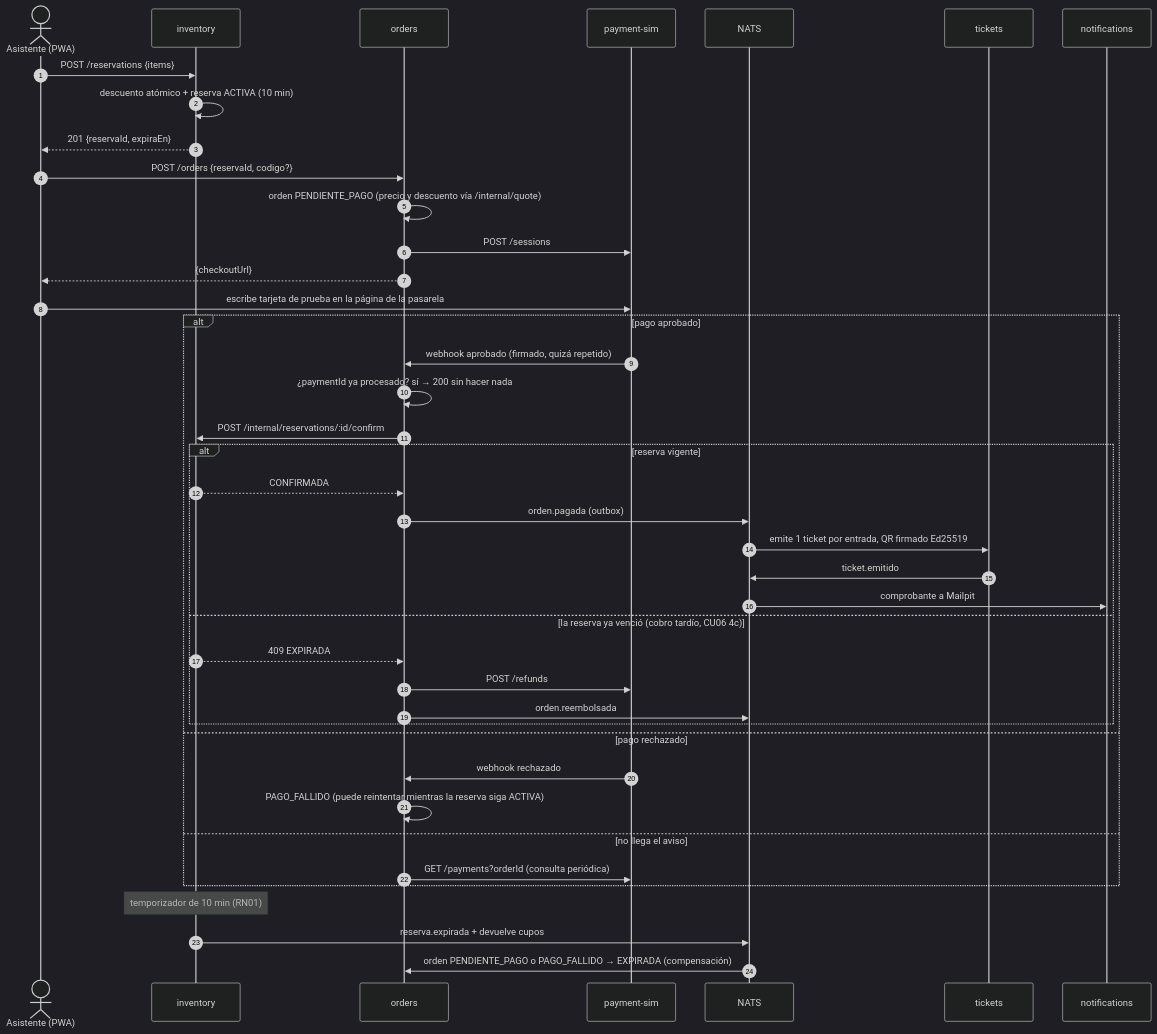
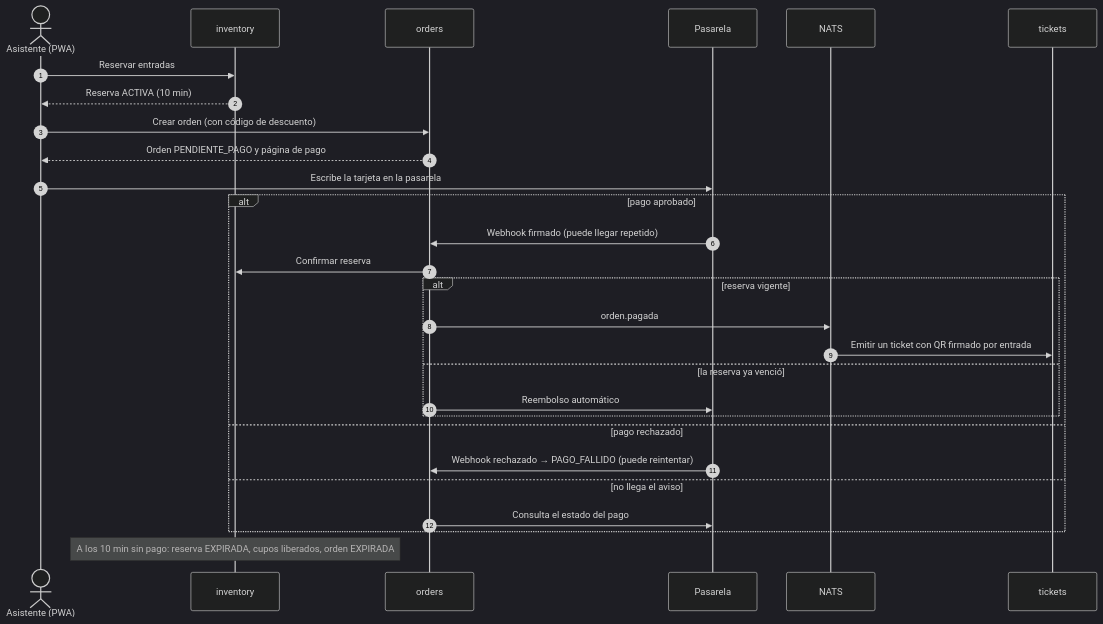
Before and after one commit to CesarLoor/plataforma-gestion-eventos: the second of 2 diagrams in docs/arquitectura.md, drawn with Mermaid (dark theme). The commit also changed other lines of this file and 4 other files, not shown here.

````diff
--- a/docs/arquitectura.md
+++ b/docs/arquitectura.md
@@ -243,46 +129,31 @@
 ```mermaid
 sequenceDiagram
   autonumber
   actor A as Asistente (PWA)
   participant INV as inventory
   participant ORD as orders
-  participant PAY as payment-sim
+  participant PAY as Pasarela
   participant N as NATS
   participant TIC as tickets
-  participant NOT as notifications
 
-  A->>INV: POST /reservations {items}
-  INV->>INV: descuento atómico + reserva ACTIVA (10 min)
-  INV-->>A: 201 {reservaId, expiraEn}
-  A->>ORD: POST /orders {reservaId, codigo?}
-  ORD->>ORD: orden PENDIENTE_PAGO (precio y descuento vía /internal/quote)
-  ORD->>PAY: POST /sessions
-  ORD-->>A: {checkoutUrl}
-  A->>PAY: escribe tarjeta de prueba en la página de la pasarela
-
+  A->>INV: Reservar entradas
+  INV-->>A: Reserva ACTIVA (10 min)
+  A->>ORD: Crear orden (con código de descuento)
+  ORD-->>A: Orden PENDIENTE_PAGO y página de pago
+  A->>PAY: Escribe la tarjeta en la pasarela
   alt pago aprobado
-    PAY->>ORD: webhook aprobado (firmado, quizá repetido)
-    ORD->>ORD: ¿paymentId ya procesado? sí → 200 sin hacer nada
-    ORD->>INV: POST /internal/reservations/:id/confirm
+    PAY->>ORD: Webhook firmado (puede llegar repetido)
+    ORD->>INV: Confirmar reserva
     alt reserva vigente
-      INV-->>ORD: CONFIRMADA
-      ORD->>N: orden.pagada (outbox)
-      N->>TIC: emite 1 ticket por entrada, QR firmado Ed25519
-      TIC->>N: ticket.emitido
-      N->>NOT: comprobante a Mailpit
-    else la reserva ya venció (cobro tardío, CU06 4c)
-      INV-->>ORD: 409 EXPIRADA
-      ORD->>PAY: POST /refunds
-      ORD->>N: orden.reembolsada
+      ORD->>N: orden.pagada
+      N->>TIC: Emitir un ticket con QR firmado por entrada
+    else la reserva ya venció
+      ORD->>PAY: Reembolso automático
     end
   else pago rechazado
-    PAY->>ORD: webhook rechazado
-    ORD->>ORD: PAGO_FALLIDO (puede reintentar mientras la reserva siga ACTIVA)
+    PAY->>ORD: Webhook rechazado → PAGO_FALLIDO (puede reintentar)
   else no llega el aviso
-    ORD->>PAY: GET /payments?orderId (consulta periódica)
+    ORD->>PAY: Consulta el estado del pago
   end
-
-  Note over INV: temporizador de 10 min (RN01)
-  INV->>N: reserva.expirada + devuelve cupos
-  N->>ORD: orden PENDIENTE_PAGO o PAGO_FALLIDO → EXPIRADA (compensación)
+  Note over INV: A los 10 min sin pago: reserva EXPIRADA, cupos liberados, orden EXPIRADA
 ```
````
